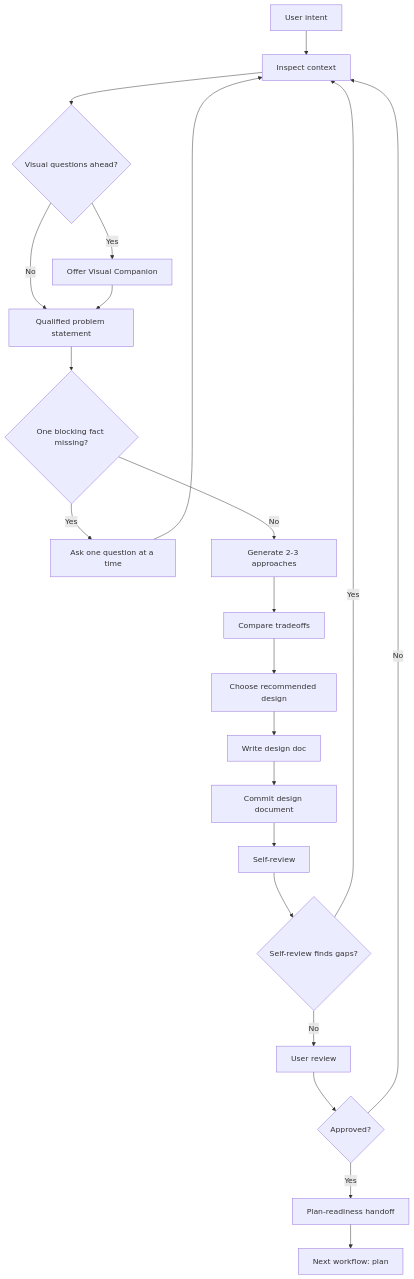
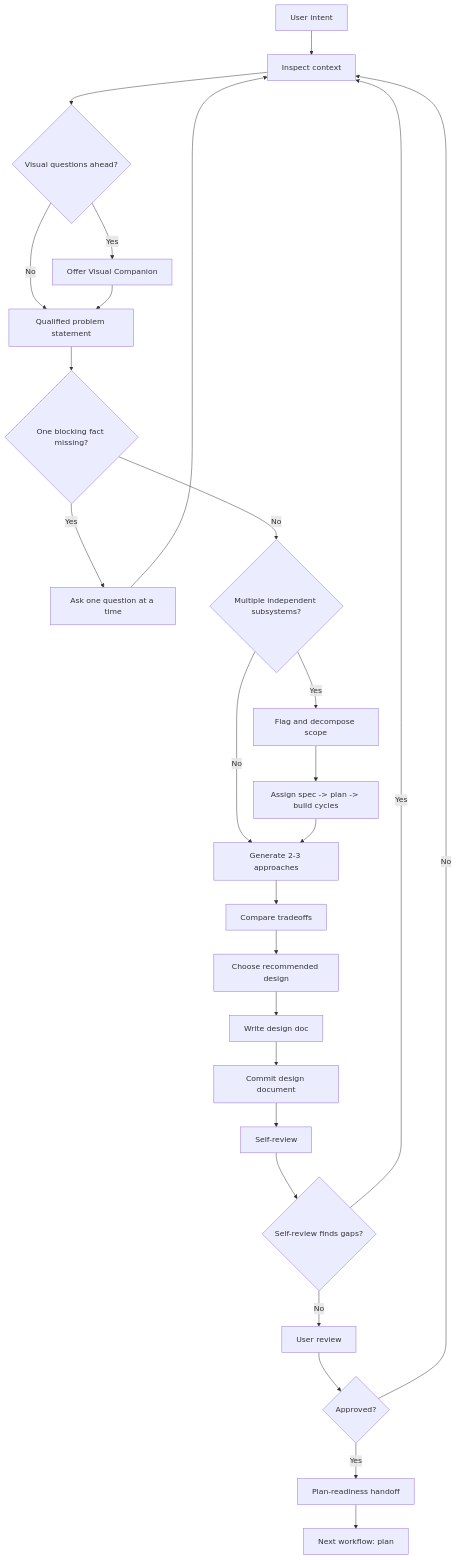
One commit to nguyenphat57/forge changed the diagram in packages/forge-core/workflows/design/brainstorm.md. Above: the diagram before and after it, drawn with Mermaid. The commit also changed other lines of this file and 29 other files, not shown here.

````diff
--- a/packages/forge-core/workflows/design/brainstorm.md
+++ b/packages/forge-core/workflows/design/brainstorm.md
@@ -107,24 +108,28 @@
 ```mermaid
 flowchart TD
     A[User intent] --> B[Inspect context]
     B --> C{Visual questions ahead?}
     C -->|Yes| D[Offer Visual Companion]
     C -->|No| E[Qualified problem statement]
     D --> E
     E --> F{One blocking fact missing?}
     F -->|Yes| G[Ask one question at a time]
     G --> B
-    F -->|No| H[Generate 2-3 approaches]
-    H --> I[Compare tradeoffs]
-    I --> J[Choose recommended design]
-    J --> K[Write design doc]
-    K --> L[Commit design document]
-    L --> M[Self-review]
-    M --> N{Self-review finds gaps?}
-    N -->|Yes| B
-    N -->|No| O[User review]
-    O --> P{Approved?}
-    P -->|No| B
-    P -->|Yes| Q[Plan-readiness handoff]
-    Q --> R[Next workflow: plan]
+    F -->|No| H{Multiple independent subsystems?}
+    H -->|Yes| I[Flag and decompose scope]
+    I --> J[Assign spec -> plan -> build cycles]
+    H -->|No| K[Generate 2-3 approaches]
+    J --> K
+    K --> L[Compare tradeoffs]
+    L --> M[Choose recommended design]
+    M --> N[Write design doc]
+    N --> O[Commit design document]
+    O --> P[Self-review]
+    P --> Q{Self-review finds gaps?}
+    Q -->|Yes| B
+    Q -->|No| R[User review]
+    R --> S{Approved?}
+    S -->|No| B
+    S -->|Yes| T[Plan-readiness handoff]
+    T --> U[Next workflow: plan]
 ```
````
